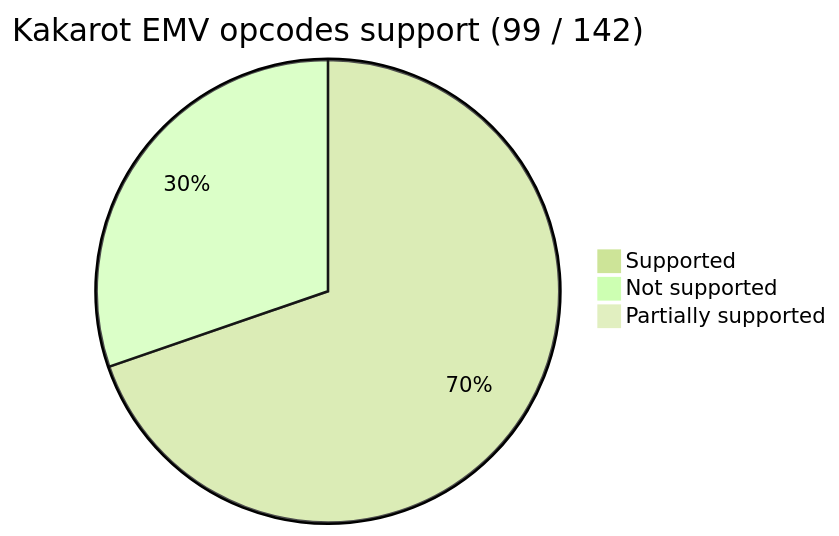
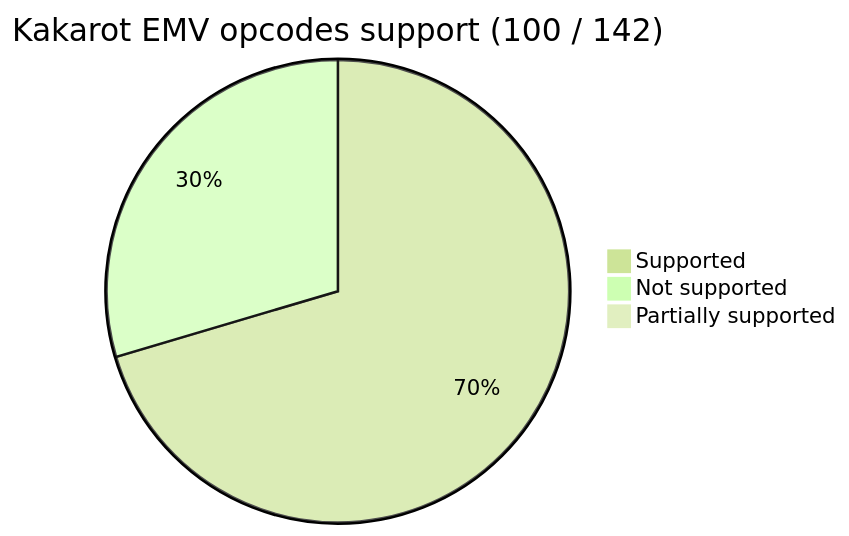
One commit to kkrt-labs/kakarot changed the first of 2 diagrams in README.md. Above: the diagram before and after it, drawn with Mermaid. The commit also changed 6 other files, not shown here.

````diff
--- a/README.md
+++ b/README.md
@@ -40,9 +40,9 @@
 ```mermaid
 %%{init: {'theme': 'forest', 'themeVariables': { 'darkMode': 'false'}}}%%
 
-pie title Kakarot EMV opcodes support (99 / 142)
-    "Supported" : 99
-    "Not supported" : 43
+pie title Kakarot EMV opcodes support (100 / 142)
+    "Supported" : 100
+    "Not supported" : 42
 
     "Partially supported" : 0
 ```
````
